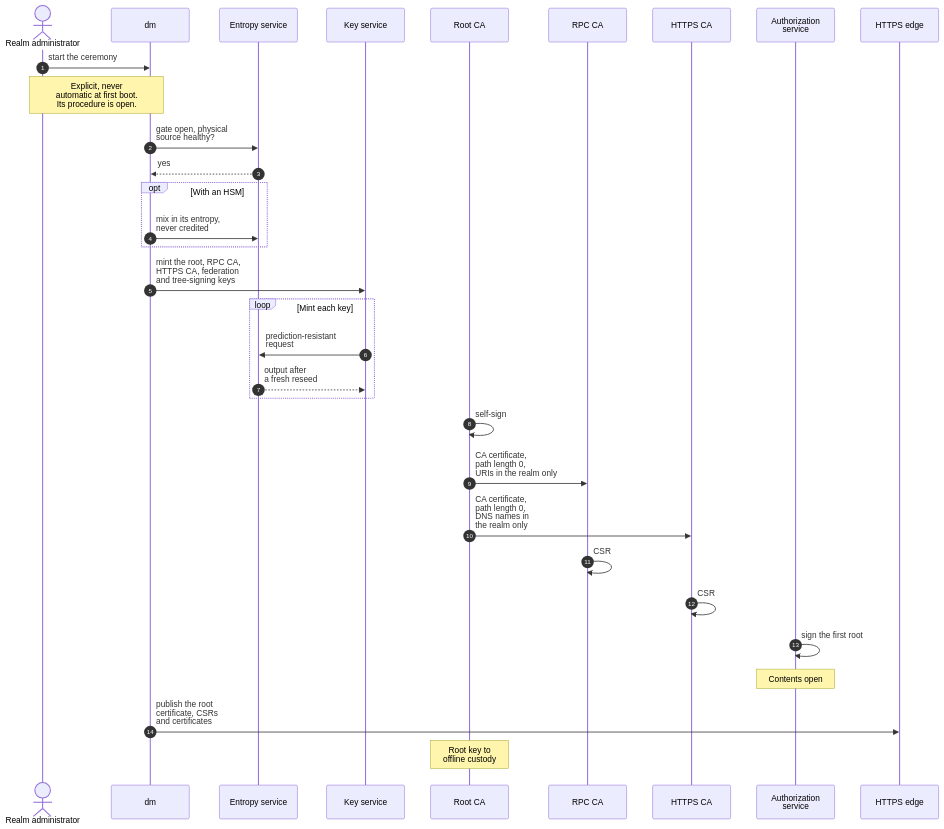
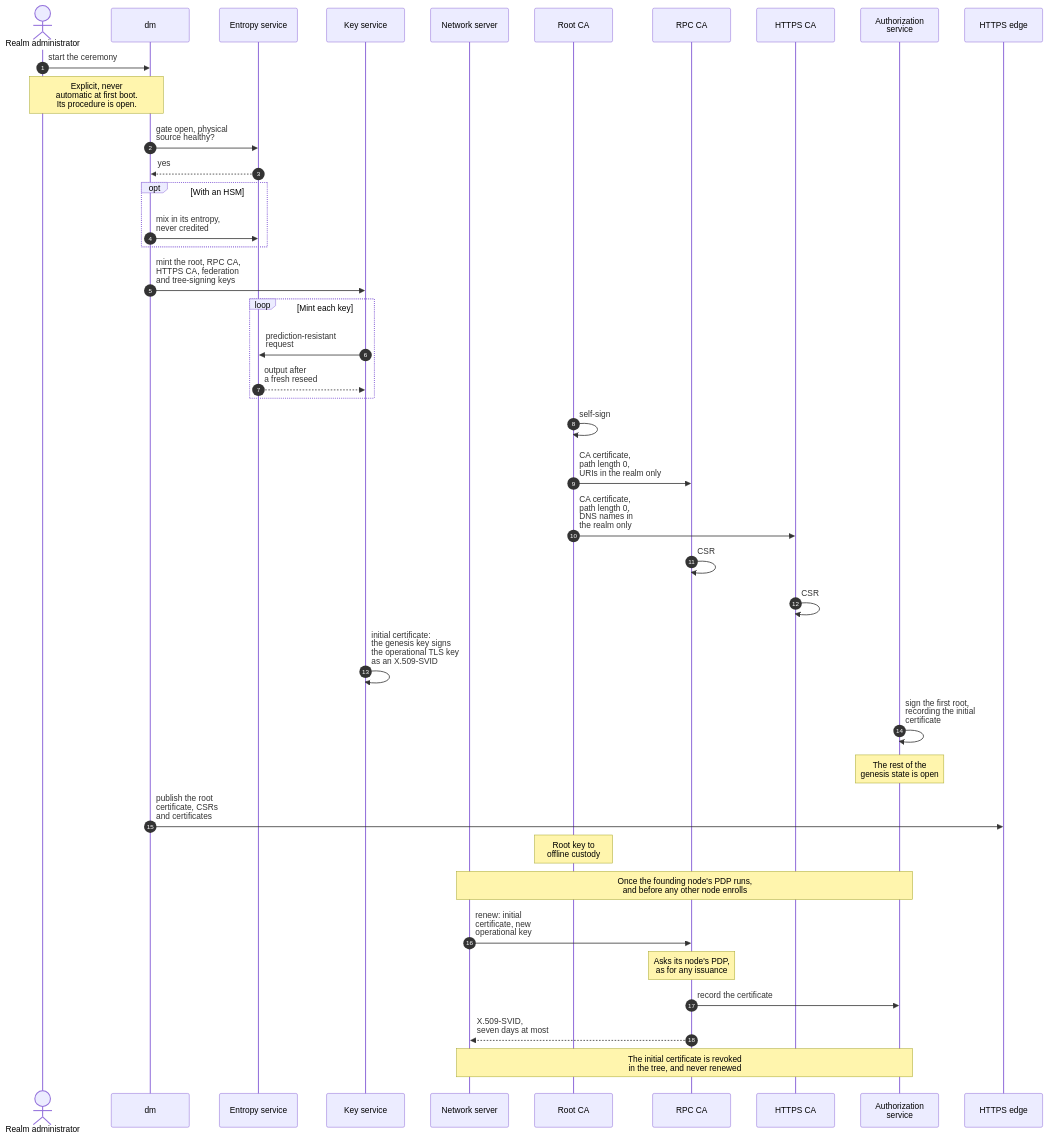
The third of 10 diagrams in docs/design/key-flows.md (nckroy/ASPIS), drawn with Mermaid before and after one commit. The commit also changed other lines of this file and 66 other files, not shown here.

````diff
--- a/docs/design/key-flows.md
+++ b/docs/design/key-flows.md
@@ -147,40 +161,48 @@
 ```mermaid
 ---
 config:
   sequence:
     messageAlign: left
     boxMargin: 16
 ---
 sequenceDiagram
     autonumber
     actor ADM as Realm administrator
     participant DM as dm
     participant ES as Entropy service
     participant KS as Key service
+    participant NS as Network server
     participant RC as Root CA
     participant RPC as RPC CA
     participant HC as HTTPS CA
     participant AZ as Authorization<br/>service
     participant EDGE as HTTPS edge
     ADM->>DM: start the ceremony
     Note over ADM,DM: Explicit, never<br/>automatic at first boot.<br/>Its procedure is open.
     DM->>ES: gate open, physical<br/>source healthy?
     ES-->>DM: yes
     opt With an HSM
         DM->>ES: mix in its entropy,<br/>never credited
     end
     DM->>KS: mint the root, RPC CA,<br/>HTTPS CA, federation<br/>and tree-signing keys
     loop Mint each key
         KS->>ES: prediction-resistant<br/>request
         ES-->>KS: output after<br/>a fresh reseed
     end
     RC->>RC: self-sign
     RC->>RPC: CA certificate,<br/>path length 0,<br/>URIs in the realm only
     RC->>HC: CA certificate,<br/>path length 0,<br/>DNS names in<br/>the realm only
     RPC->>RPC: CSR
     HC->>HC: CSR
-    AZ->>AZ: sign the first root
-    Note over AZ: Contents open
+    KS->>KS: initial certificate:<br/>the genesis key signs<br/>the operational TLS key<br/>as an X.509-SVID
+    AZ->>AZ: sign the first root,<br/>recording the initial<br/>certificate
+    Note over AZ: The rest of the<br/>genesis state is open
     DM->>EDGE: publish the root<br/>certificate, CSRs<br/>and certificates
     Note over RC: Root key to<br/>offline custody
+    Note over NS,AZ: Once the founding node's PDP runs,<br/>and before any other node enrolls
+    NS->>RPC: renew: initial<br/>certificate, new<br/>operational key
+    Note over RPC: Asks its node's PDP,<br/>as for any issuance
+    RPC->>AZ: record the certificate
+    RPC-->>NS: X.509-SVID,<br/>seven days at most
+    Note over NS,AZ: The initial certificate is revoked<br/>in the tree, and never renewed
 ```
````
